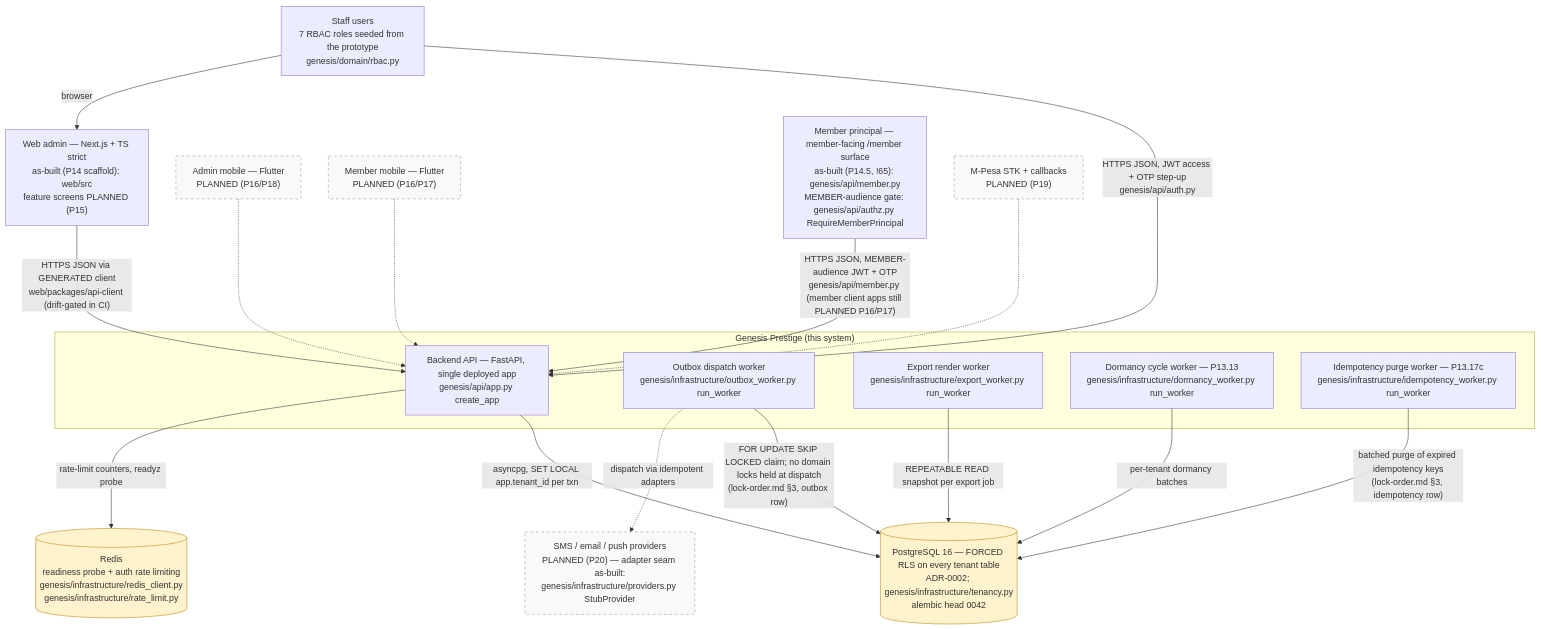
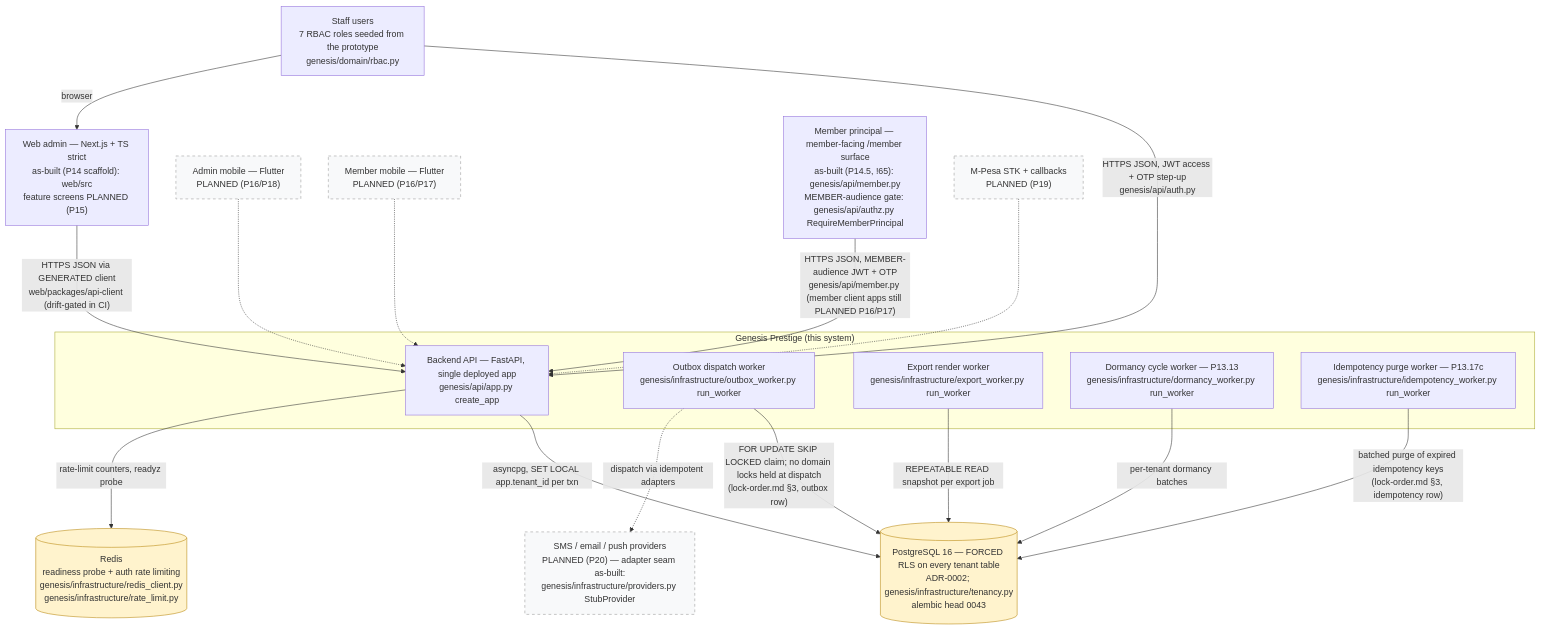
One commit to Benson-Kim/genesis-sacco changed the diagram in docs/diagrams/c4-context.md. Above: the diagram before and after it, drawn with Mermaid. The commit also changed other lines of this file and 36 other files, not shown here.

````diff
--- a/docs/diagrams/c4-context.md
+++ b/docs/diagrams/c4-context.md
@@ -65,46 +69,46 @@
 ```mermaid
 flowchart TB
     %% Authored against main @ 08541b860f1445b16c342c39b6606d86b9dbeb17
     %% L1 context — as-built boxes cite genesis modules; dashed = PLANNED (Pn).
 
     STAFF["Staff users<br/>7 RBAC roles seeded from the prototype<br/>genesis/domain/rbac.py"]
 
     subgraph SYS["Genesis Prestige (this system)"]
         API["Backend API — FastAPI, single deployed app<br/>genesis/api/app.py create_app"]
         OBW["Outbox dispatch worker<br/>genesis/infrastructure/outbox_worker.py run_worker"]
         EXW["Export render worker<br/>genesis/infrastructure/export_worker.py run_worker"]
         DMW["Dormancy cycle worker — P13.13<br/>genesis/infrastructure/dormancy_worker.py run_worker"]
         IDW["Idempotency purge worker — P13.17c<br/>genesis/infrastructure/idempotency_worker.py run_worker"]
     end
 
-    PG[("PostgreSQL 16 — FORCED RLS on every tenant table<br/>ADR-0002; genesis/infrastructure/tenancy.py<br/>alembic head 0042")]
+    PG[("PostgreSQL 16 — FORCED RLS on every tenant table<br/>ADR-0002; genesis/infrastructure/tenancy.py<br/>alembic head 0043")]
     RD[("Redis<br/>readiness probe + auth rate limiting<br/>genesis/infrastructure/redis_client.py<br/>genesis/infrastructure/rate_limit.py")]
 
     WEB["Web admin — Next.js + TS strict<br/>as-built (P14 scaffold): web/src<br/>feature screens PLANNED (P15)"]
     ADM["Admin mobile — Flutter<br/>PLANNED (P16/P18)"]
     MEM["Member mobile — Flutter<br/>PLANNED (P16/P17)"]
     MPR["Member principal — member-facing /member surface<br/>as-built (P14.5, !65): genesis/api/member.py<br/>MEMBER-audience gate: genesis/api/authz.py RequireMemberPrincipal"]
     MPESA["M-Pesa STK + callbacks<br/>PLANNED (P19)"]
     PROV["SMS / email / push providers<br/>PLANNED (P20) — adapter seam as-built:<br/>genesis/infrastructure/providers.py StubProvider"]
 
     STAFF -->|"HTTPS JSON, JWT access + OTP step-up<br/>genesis/api/auth.py"| API
     API -->|"asyncpg, SET LOCAL app.tenant_id per txn"| PG
     API -->|"rate-limit counters, readyz probe"| RD
     OBW -->|"FOR UPDATE SKIP LOCKED claim; no domain locks held at dispatch<br/>(lock-order.md §3, outbox row)"| PG
     EXW -->|"REPEATABLE READ snapshot per export job"| PG
     DMW -->|"per-tenant dormancy batches"| PG
     IDW -->|"batched purge of expired idempotency keys<br/>(lock-order.md §3, idempotency row)"| PG
     OBW -.->|"dispatch via idempotent adapters"| PROV
 
     STAFF -->|"browser"| WEB
     WEB -->|"HTTPS JSON via GENERATED client<br/>web/packages/api-client (drift-gated in CI)"| API
     ADM -.-> API
     MEM -.-> API
     MPR -->|"HTTPS JSON, MEMBER-audience JWT + OTP<br/>genesis/api/member.py (member client apps still PLANNED P16/P17)"| API
     MPESA -.-> API
 
     classDef planned fill:#f8f9fa,stroke:#999,stroke-dasharray: 5 5;
     class ADM,MEM,MPESA,PROV planned;
     classDef store fill:#fff3cd,stroke:#b8860b;
     class PG,RD store;
 ```
````
